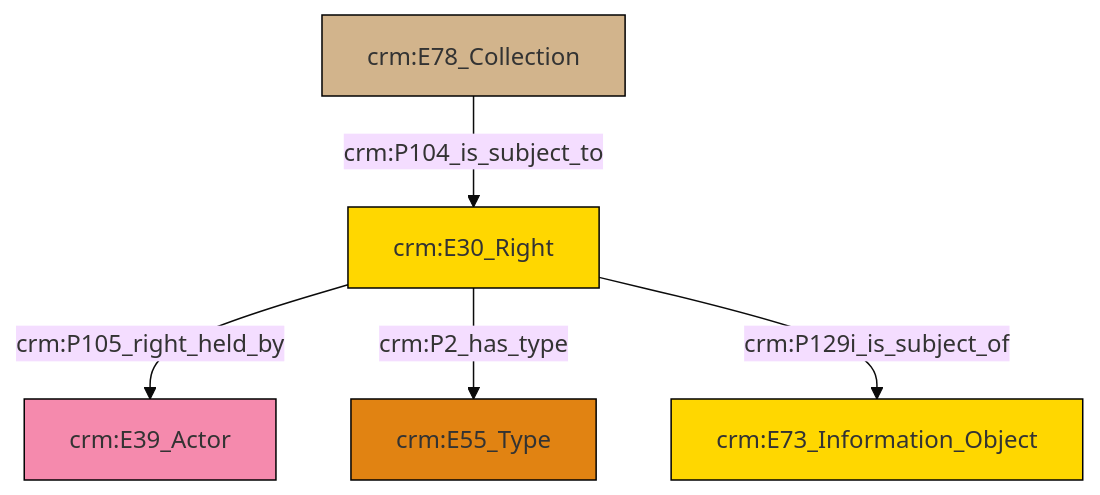
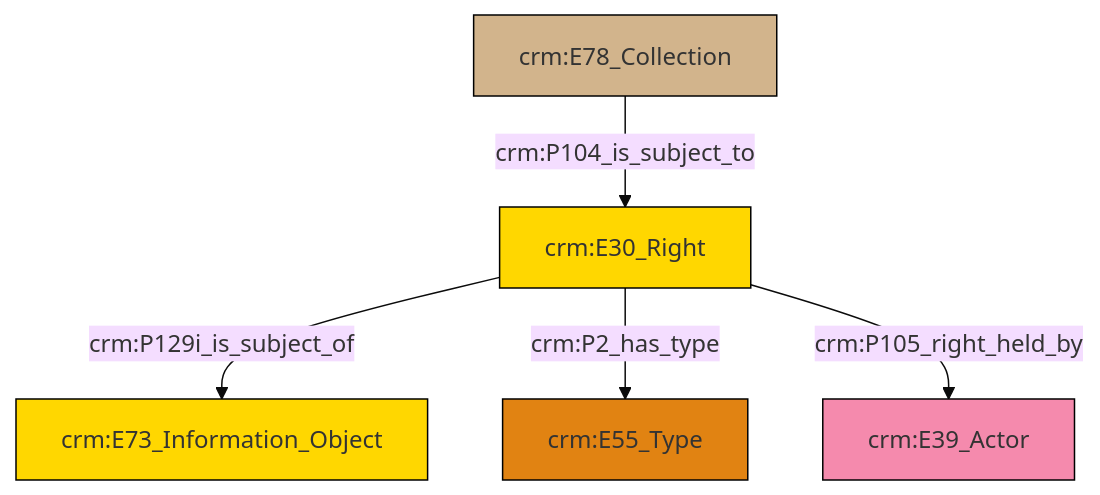
Before and after one commit to swiss-art-research-net/docs.swissartresearch: the diagram in et/archivalCSV/ttl/mmd/archival_rights.ttl.mmd, drawn with Mermaid (base theme). The commit also changed 182 other files, not shown here.

```diff
--- a/et/archivalCSV/ttl/mmd/archival_rights.ttl.mmd
+++ b/et/archivalCSV/ttl/mmd/archival_rights.ttl.mmd
@@ -1,19 +1,19 @@
 graph TD
 classDef Literal fill:#f2f2f2,stroke:#000000;
 classDef CRM_Entity fill:#FFFFFF,stroke:#000000;
 classDef Temporal_Entity fill:#00C9E6, stroke:#000000;
 classDef Type fill:#E18312, stroke:#000000;
 classDef Time-Span fill:#2C9C91, stroke:#000000;
 classDef Appellation fill:#FFEB7F, stroke:#000000;
 classDef Place fill:#008836, stroke:#000000;
 classDef Persistent_Item fill:#B266B2, stroke:#000000;
 classDef Conceptual_Object fill:#FFD700, stroke:#000000;
 classDef Physical_Thing fill:#D2B48C, stroke:#000000;
 classDef Actor fill:#f58aad, stroke:#000000;
 classDef PC_Classes fill:#4ce600, stroke:#000000;
 classDef Multi fill:#cccccc,stroke:#000000;
 
-6["crm:E30_Right"]:::Conceptual_Object -->|crm:P105_right_held_by| 4["crm:E39_Actor"]:::Actor
-6["crm:E30_Right"]:::Conceptual_Object -->|crm:P2_has_type| 2["crm:E55_Type"]:::Type
-8["crm:E78_Collection"]:::Physical_Thing -->|crm:P104_is_subject_to| 6["crm:E30_Right"]:::Conceptual_Object
-6["crm:E30_Right"]:::Conceptual_Object -->|crm:P129i_is_subject_of| 0["crm:E73_Information_Object"]:::Conceptual_Object
+0["crm:E30_Right"]:::Conceptual_Object -->|crm:P129i_is_subject_of| 1["crm:E73_Information_Object"]:::Conceptual_Object
+0["crm:E30_Right"]:::Conceptual_Object -->|crm:P2_has_type| 4["crm:E55_Type"]:::Type
+0["crm:E30_Right"]:::Conceptual_Object -->|crm:P105_right_held_by| 5["crm:E39_Actor"]:::Actor
+2["crm:E78_Collection"]:::Physical_Thing -->|crm:P104_is_subject_to| 0["crm:E30_Right"]:::Conceptual_Object
```
